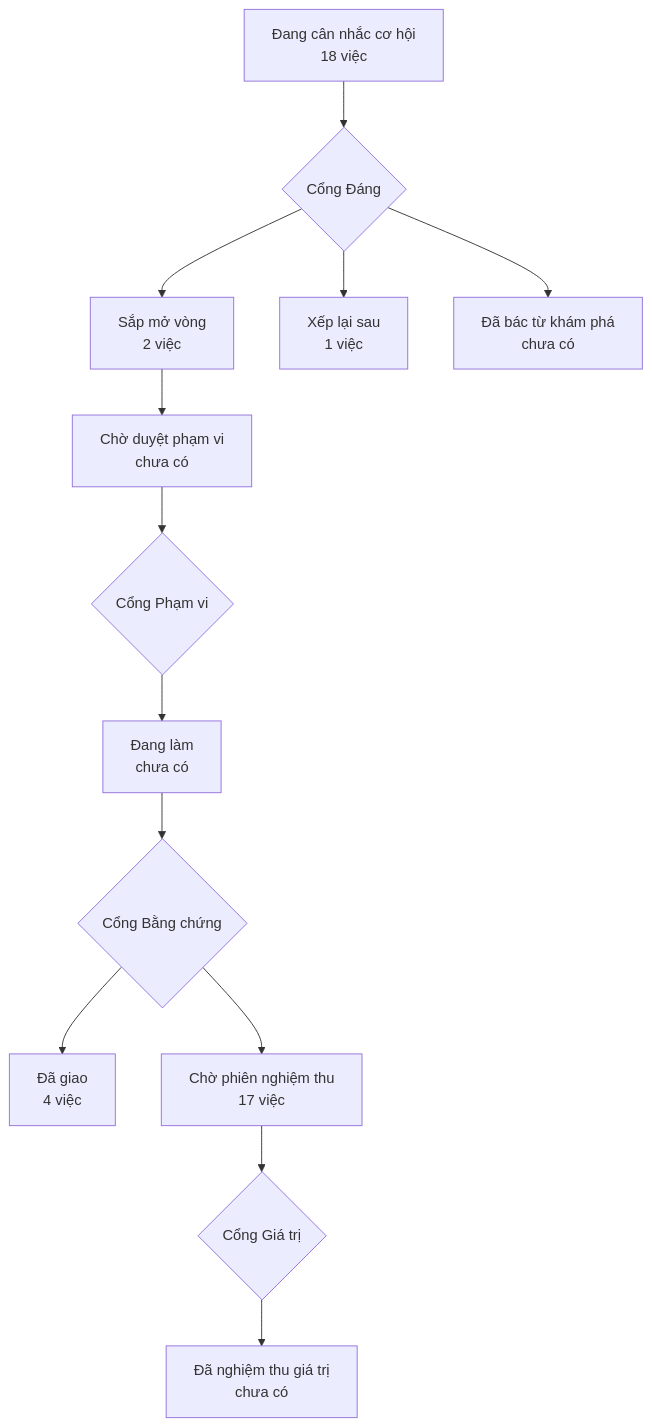
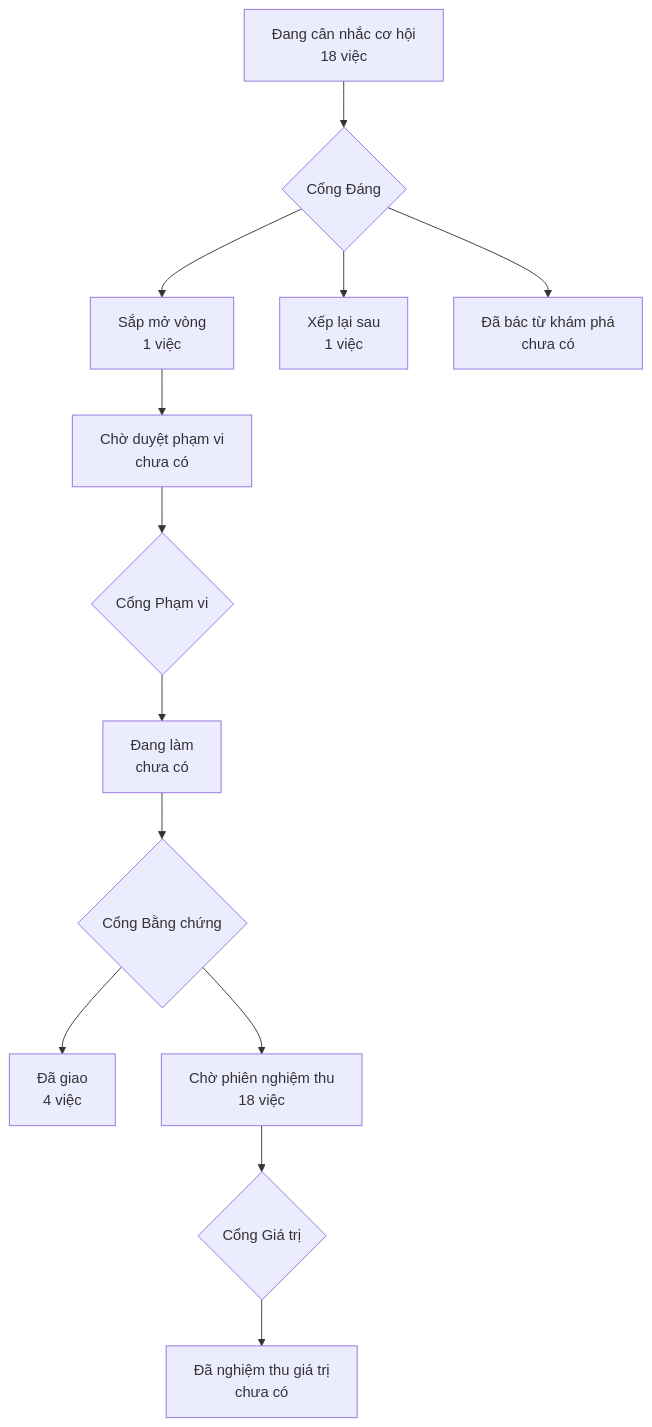
One commit to phanlemanh/onehub-quy-hang changed the diagram in PRODUCT-MAP.md. Above: the diagram before and after it, drawn with Mermaid. The commit also changed 1 other file, not shown here.

Commit message:
chore: vẽ lại bản đồ sản phẩm và trang lộ trình sau gộp main

````diff
--- a/PRODUCT-MAP.md
+++ b/PRODUCT-MAP.md
@@ -7,12 +7,12 @@
 ```mermaid
 flowchart TD
   A["Đang cân nhắc cơ hội<br/>18 việc"] --> GD{"Cổng Đáng"}
-  GD --> B["Sắp mở vòng<br/>2 việc"]
+  GD --> B["Sắp mở vòng<br/>1 việc"]
   GD --> XL["Xếp lại sau<br/>1 việc"]
   GD --> DB["Đã bác từ khám phá<br/>chưa có"]
   B --> CD["Chờ duyệt phạm vi<br/>chưa có"] --> GP{"Cổng Phạm vi"}
   GP --> DL["Đang làm<br/>chưa có"] --> GB{"Cổng Bằng chứng"}
   GB --> DG["Đã giao<br/>4 việc"]
-  GB --> CN["Chờ phiên nghiệm thu<br/>17 việc"] --> GG{"Cổng Giá trị"}
+  GB --> CN["Chờ phiên nghiệm thu<br/>18 việc"] --> GG{"Cổng Giá trị"}
   GG --> NT["Đã nghiệm thu giá trị<br/>chưa có"]
 ```
````
